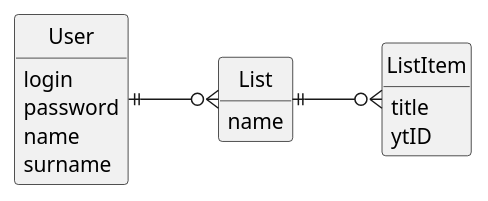
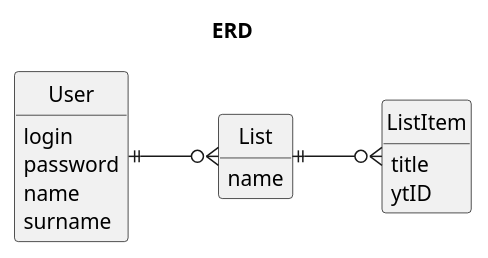
Before and after one commit to angrynerds-pl/kpz-yt-api: the diagram in docs/src/diagrams/src/entityDiagram.pu, drawn with PlantUML. The commit also changed 9 other files, not shown here.

Commit message:
* Diagrams config * Docs * Swagger init * Handle cors

```diff
--- a/docs/src/diagrams/src/entityDiagram.pu
+++ b/docs/src/diagrams/src/entityDiagram.pu
@@ -1,29 +1,30 @@
 @startuml entityDiagram
+title ERD
 left to right direction
 hide circle
 skinparam linetype ortho
 hide empty methods
 hide empty members
 
 entity "User" as user
 {
     login
     password
     name
     surname
 }
 
 entity "List" as playlist
 {
     name
 }
 
 entity "ListItem" as song
 {
     title
     ytID
 }
 
 user ||--o{ playlist
 playlist ||--o{ song
 @enduml
```
